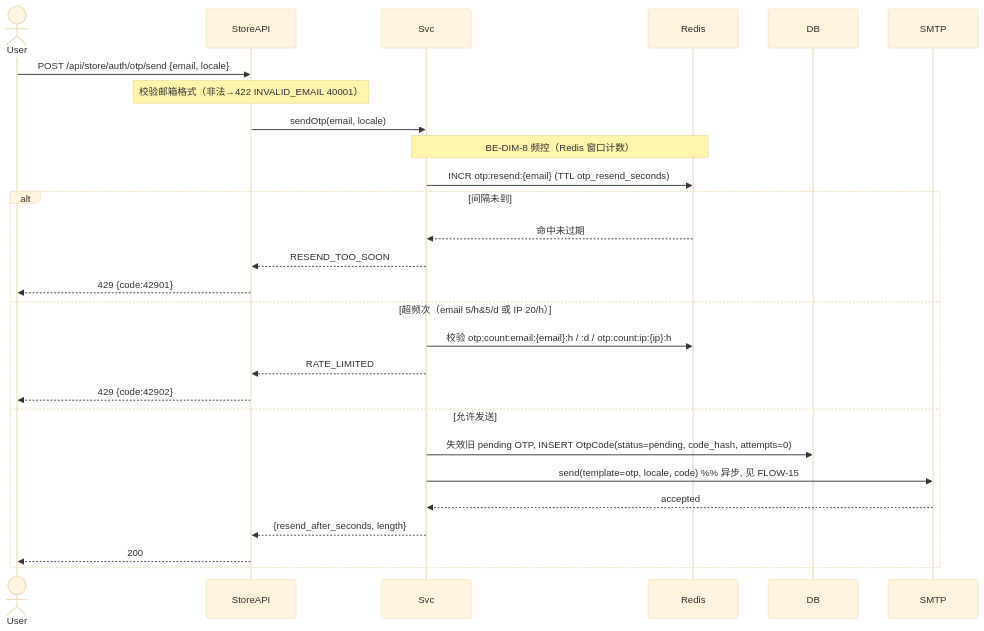
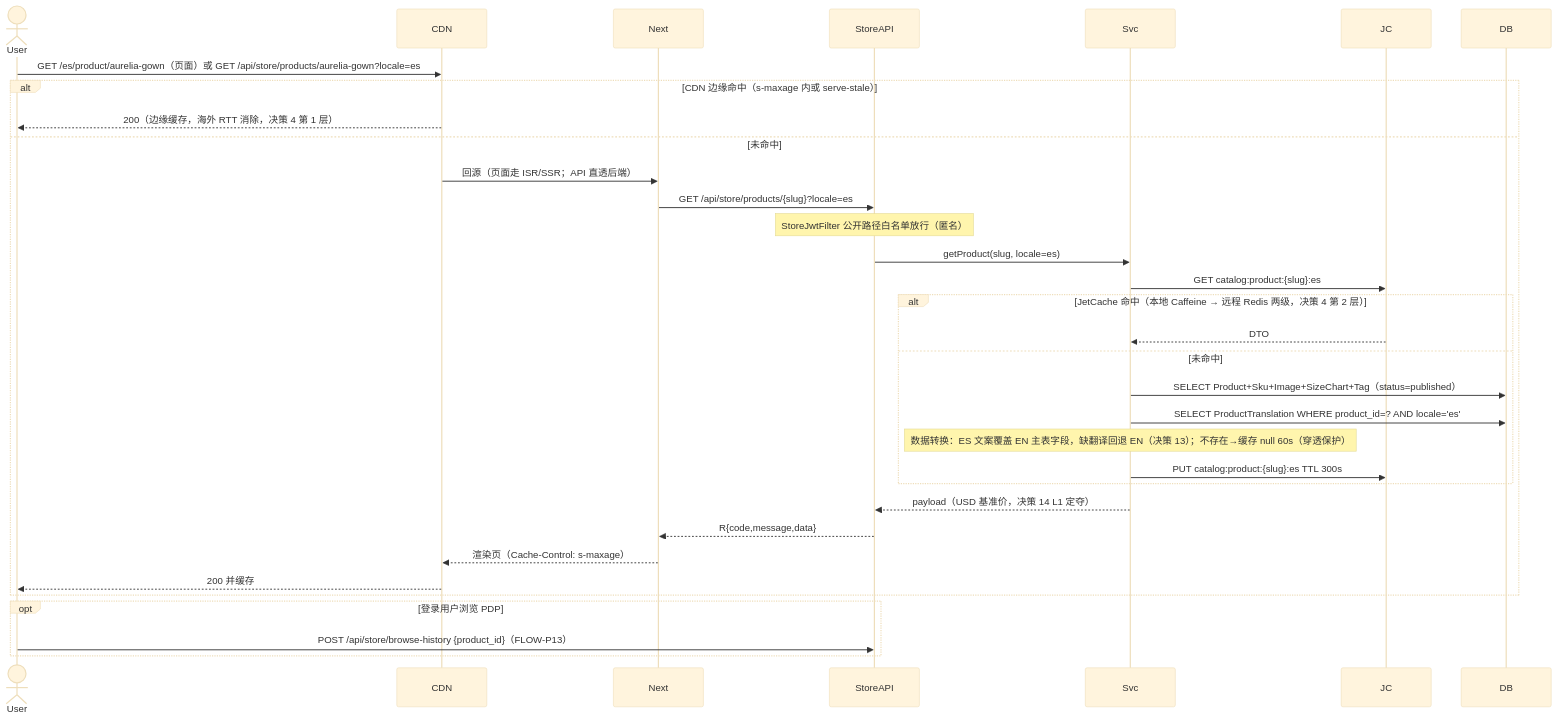
One commit to hptec/dreamy changed the first of 20 diagrams in hhspec/specs/architecture/data-flow.md. Above: the diagram before and after it, drawn with Mermaid (base theme). The commit also changed other lines of this file and 180 other files, not shown here.

````diff
--- a/hhspec/specs/architecture/data-flow.md
+++ b/hhspec/specs/architecture/data-flow.md
@@ -49,30 +101,36 @@
 ```mermaid
 sequenceDiagram
     actor User
+    participant CDN
+    participant Next
     participant StoreAPI
     participant Svc
-    participant Redis
+    participant JC
     participant DB
-    participant SMTP
 
-    User->>StoreAPI: POST /api/store/auth/otp/send {email, locale}
-    Note over StoreAPI: 校验邮箱格式（非法→422 INVALID_EMAIL 40001）
-    StoreAPI->>Svc: sendOtp(email, locale)
-    Note over Svc,Redis: BE-DIM-8 频控（Redis 窗口计数）
-    Svc->>Redis: INCR otp:resend:{email} (TTL otp_resend_seconds)
-    alt 间隔未到
-        Redis-->>Svc: 命中未过期
-        Svc-->>StoreAPI: RESEND_TOO_SOON
-        StoreAPI-->>User: 429 {code:42901}
-    else 超频次（email 5/h&5/d 或 IP 20/h）
-        Svc->>Redis: 校验 otp:count:email:{email}:h / :d / otp:count:ip:{ip}:h
-        Svc-->>StoreAPI: RATE_LIMITED
-        StoreAPI-->>User: 429 {code:42902}
-    else 允许发送
-        Svc->>DB: 失效旧 pending OTP, INSERT OtpCode(status=pending, code_hash, attempts=0)
-        Svc->>SMTP: send(template=otp, locale, code)  %% 异步, 见 FLOW-15
-        SMTP-->>Svc: accepted
-        Svc-->>StoreAPI: {resend_after_seconds, length}
-        StoreAPI-->>User: 200
+    User->>CDN: GET /es/product/aurelia-gown（页面）或 GET /api/store/products/aurelia-gown?locale=es
+    alt CDN 边缘命中（s-maxage 内或 serve-stale）
+        CDN-->>User: 200（边缘缓存，海外 RTT 消除，决策 4 第 1 层）
+    else 未命中
+        CDN->>Next: 回源（页面走 ISR/SSR；API 直透后端）
+        Next->>StoreAPI: GET /api/store/products/{slug}?locale=es
+        Note over StoreAPI: StoreJwtFilter 公开路径白名单放行（匿名）
+        StoreAPI->>Svc: getProduct(slug, locale=es)
+        Svc->>JC: GET catalog:product:{slug}:es
+        alt JetCache 命中（本地 Caffeine → 远程 Redis 两级，决策 4 第 2 层）
+            JC-->>Svc: DTO
+        else 未命中
+            Svc->>DB: SELECT Product+Sku+Image+SizeChart+Tag（status=published）
+            Svc->>DB: SELECT ProductTranslation WHERE product_id=? AND locale='es'
+            Note over Svc: 数据转换：ES 文案覆盖 EN 主表字段，缺翻译回退 EN（决策 13）；不存在→缓存 null 60s（穿透保护）
+            Svc->>JC: PUT catalog:product:{slug}:es TTL 300s
+        end
+        Svc-->>StoreAPI: payload（USD 基准价，决策 14 L1 定夺）
+        StoreAPI-->>Next: R{code,message,data}
+        Next-->>CDN: 渲染页（Cache-Control: s-maxage）
+        CDN-->>User: 200 并缓存
+    end
+    opt 登录用户浏览 PDP
+        User->>StoreAPI: POST /api/store/browse-history {product_id}（FLOW-P13）
     end
 ```
````
